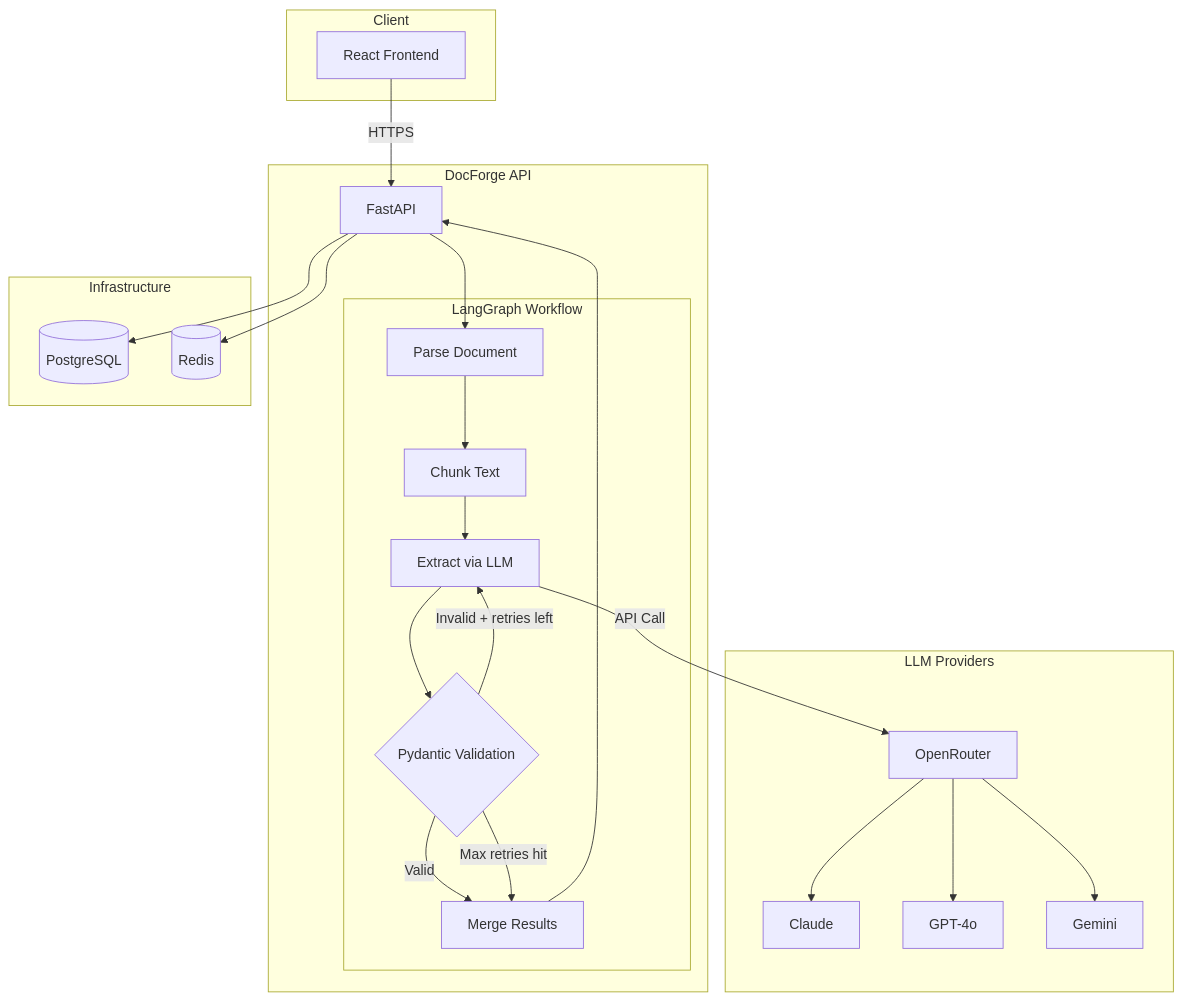
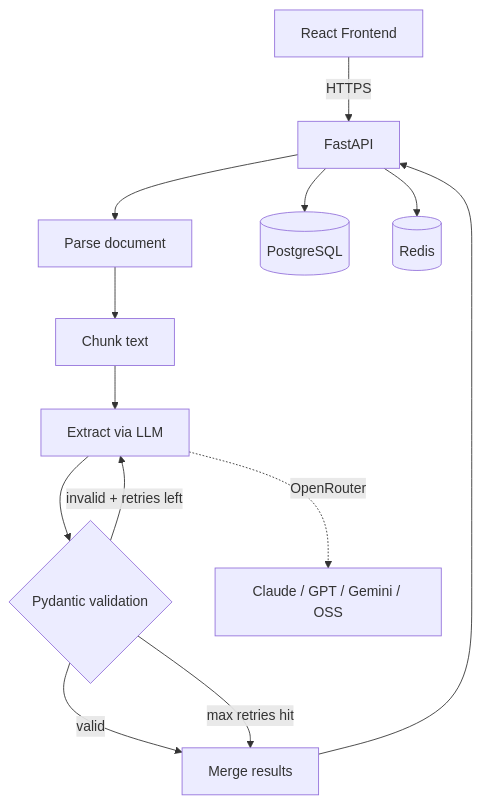
One commit to niXtou/docforge changed the diagram in README.md. Above: the diagram before and after it, drawn with Mermaid. The commit also changed other lines of this file and 4 other files, not shown here.

````diff
--- a/README.md
+++ b/README.md
@@ -45,37 +19,15 @@
 ```mermaid
 graph TB
-    subgraph Client
-        UI[React Frontend]
-    end
-
-    subgraph DocForge API
-        API[FastAPI]
-        subgraph LangGraph Workflow
-            Parse[Parse Document] --> Chunk[Chunk Text]
-            Chunk --> Extract[Extract via LLM]
-            Extract --> Validate{Pydantic Validation}
-            Validate -->|Valid| Merge[Merge Results]
-            Validate -->|Invalid + retries left| Extract
-            Validate -->|Max retries hit| Merge
-        end
-        API --> Parse
-        Merge --> API
-    end
-
-    subgraph Infrastructure
-        PG[(PostgreSQL)]
-        RD[(Redis)]
-    end
-
-    subgraph LLM Providers
-        OR[OpenRouter]
-        OR --> Claude[Claude]
-        OR --> GPT[GPT-4o]
-        OR --> Gemini[Gemini]
-    end
-
-    UI -->|HTTPS| API
-    API --> PG
-    API --> RD
-    Extract -->|API Call| OR
+    UI[React Frontend] -->|HTTPS| API[FastAPI]
+    API --> Parse[Parse document]
+    Parse --> Chunk[Chunk text]
+    Chunk --> Extract[Extract via LLM]
+    Extract --> Validate{Pydantic validation}
+    Validate -->|valid| Merge[Merge results]
+    Validate -->|invalid + retries left| Extract
+    Validate -->|max retries hit| Merge
+    Merge --> API
+    Extract -.->|OpenRouter| LLM[Claude / GPT / Gemini / OSS]
+    API --> PG[(PostgreSQL)]
+    API --> RD[(Redis)]
 ```
````
